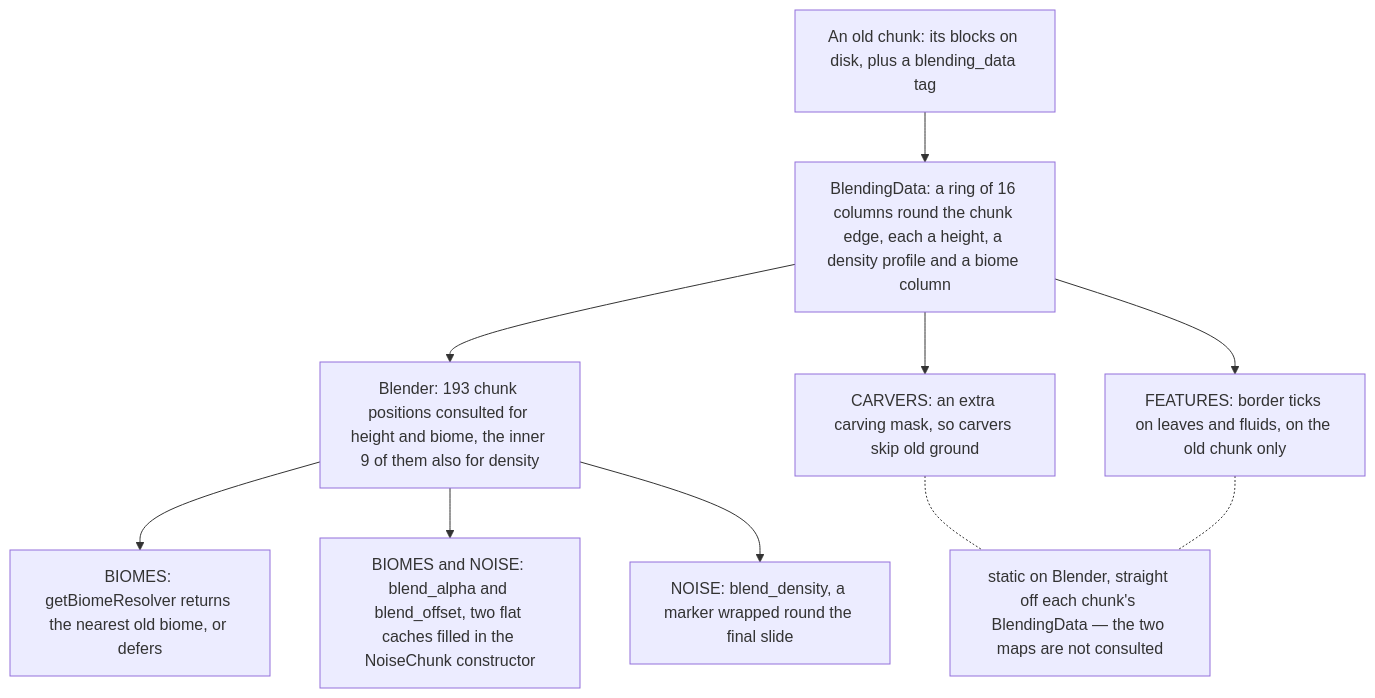
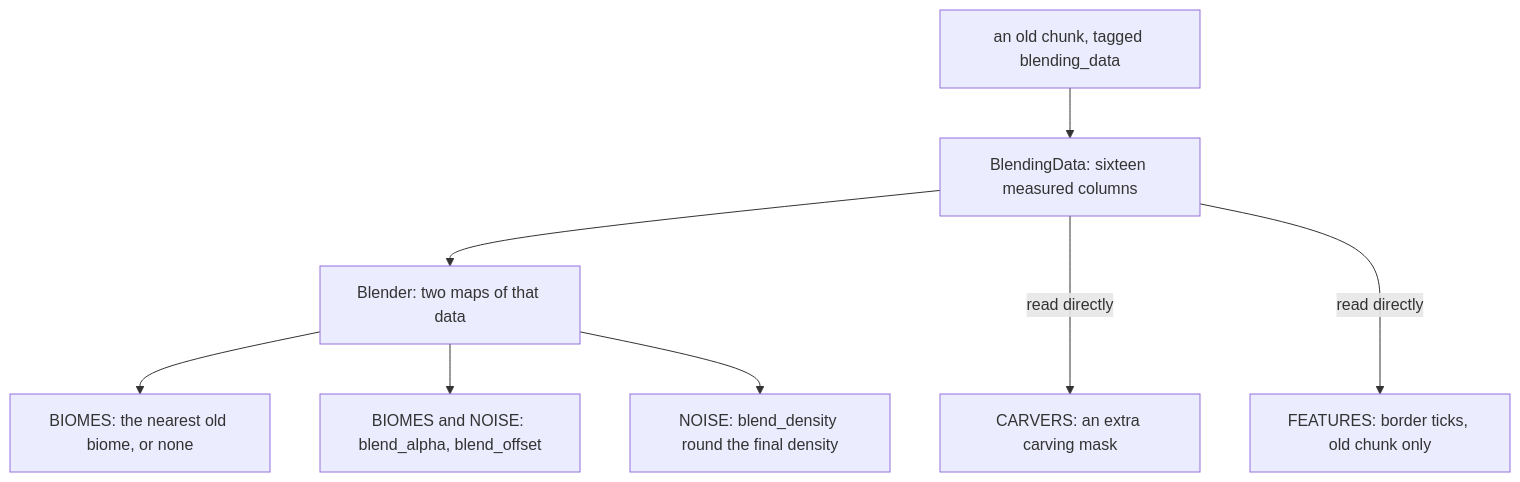
Before and after one commit to AlexanderjFraser/MinecraftDocs: the first of 2 diagrams in src/systems/worldgen/blending.md, drawn with Mermaid. The commit also changed other lines of this file and 16 other files, not shown here.

First line of the commit message:
pass 7, session L — Part XII: a figure that contradicted its page's own hook, twice, and the caller's method at the callee in a tenth part of ten

````diff
--- a/src/systems/worldgen/blending.md
+++ b/src/systems/worldgen/blending.md
@@ -87,15 +87,10 @@
 ```mermaid
-flowchart TB
-    OLD["An old chunk: its blocks on disk, plus a blending_data tag"]
-    BD["BlendingData: a ring of 16 columns round the chunk edge, each a height, a density profile and a biome column"]
-    B["Blender: 193 chunk positions consulted for height and biome, the inner 9 of them also for density"]
-    OLD --> BD
-    BD --> B
-    B --> R1["BIOMES: getBiomeResolver returns the nearest old biome, or defers"]
-    B --> R2["BIOMES and NOISE: blend_alpha and blend_offset, two flat caches filled in the NoiseChunk constructor"]
-    B --> R3["NOISE: blend_density, a marker wrapped round the final slide"]
-    BD --> R4["CARVERS: an extra carving mask, so carvers skip old ground"]
-    BD --> R5["FEATURES: border ticks on leaves and fluids, on the old chunk only"]
-    R4 -.- SN["static on Blender, straight off each chunk's BlendingData — the two maps are not consulted"]
-    R5 -.- SN
+flowchart TD
+    OLD["an old chunk, tagged blending_data"] --> BD["BlendingData: sixteen measured columns"]
+    BD --> B["Blender: two maps of that data"]
+    B --> R1["BIOMES: the nearest old biome, or none"]
+    B --> R2["BIOMES and NOISE: blend_alpha, blend_offset"]
+    B --> R3["NOISE: blend_density round the final density"]
+    BD --->|"read directly"| R4["CARVERS: an extra carving mask"]
+    BD --->|"read directly"| R5["FEATURES: border ticks, old chunk only"]
 ```
````
